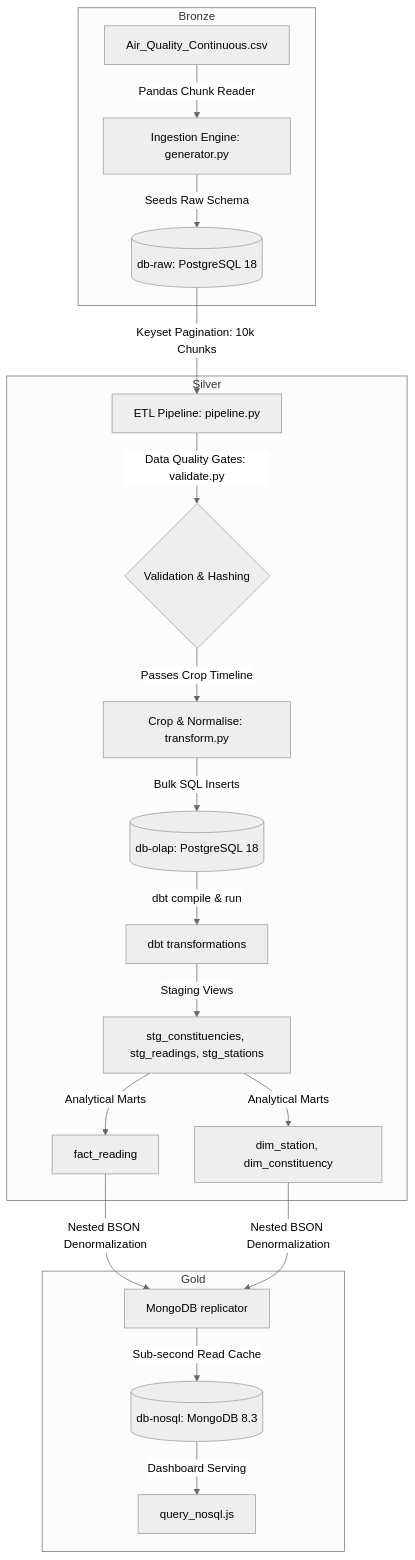
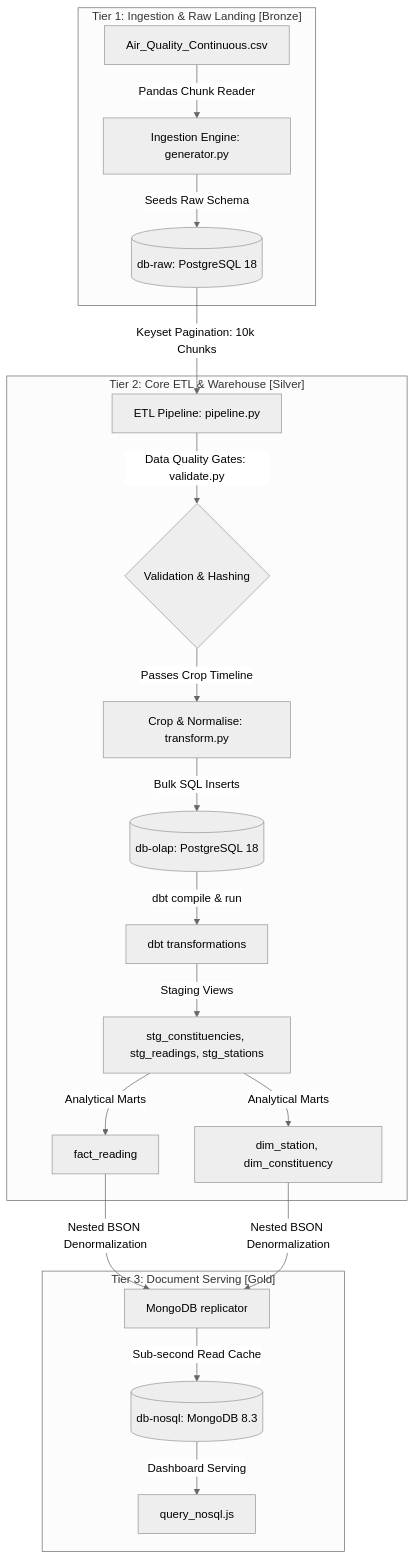
Before and after one commit to D0nG4667/de-three-tier-data-stack: the diagram in docs/architecture/system_topology.md, drawn with Mermaid (neutral theme). The commit also changed 5 other files, not shown here.

````diff
--- a/docs/architecture/system_topology.md
+++ b/docs/architecture/system_topology.md
@@ -11,27 +11,27 @@
 ```mermaid
 flowchart TD
     %% Tier 1: Ingestion (Bronze)
-    subgraph Tier 1: Ingestion & Raw Landing [Bronze]
+    subgraph T1_Ingest ["Tier 1: Ingestion & Raw Landing [Bronze]"]
         CSV[Air_Quality_Continuous.csv] -->|Pandas Chunk Reader| GEN[Ingestion Engine: generator.py]
         GEN -->|Seeds Raw Schema| RAW_DB[(db-raw: PostgreSQL 18)]
     end
 
     %% Tier 2: Storage & Transformation (Silver)
-    subgraph Tier 2: Core ETL & Warehouse [Silver]
+    subgraph T2_ETL ["Tier 2: Core ETL & Warehouse [Silver]"]
         RAW_DB -->|Keyset Pagination: 10k Chunks| ETL[ETL Pipeline: pipeline.py]
         ETL -->|Data Quality Gates: validate.py| DQ{Validation & Hashing}
         DQ -->|Passes Crop Timeline| CROP[Crop & Normalise: transform.py]
         CROP -->|Bulk SQL Inserts| OLAP_DB[(db-olap: PostgreSQL 18)]
         OLAP_DB -->|dbt compile & run| DBT[dbt transformations]
         DBT -->|Staging Views| STG_V[stg_constituencies, stg_readings, stg_stations]
         STG_V -->|Analytical Marts| MART_F[fact_reading]
         STG_V -->|Analytical Marts| MART_D[dim_station, dim_constituency]
     end
 
     %% Tier 3: Replication & Serving (Gold)
-    subgraph Tier 3: Document Serving [Gold]
+    subgraph T3_Serving ["Tier 3: Document Serving [Gold]"]
         MART_F & MART_D -->|Nested BSON Denormalization| NOSQL_SYNC[MongoDB replicator]
         NOSQL_SYNC -->|Sub-second Read Cache| NOSQL_DB[(db-nosql: MongoDB 8.3)]
         NOSQL_DB -->|Dashboard Serving| MONGO_Q[query_nosql.js]
     end
 ```
````
